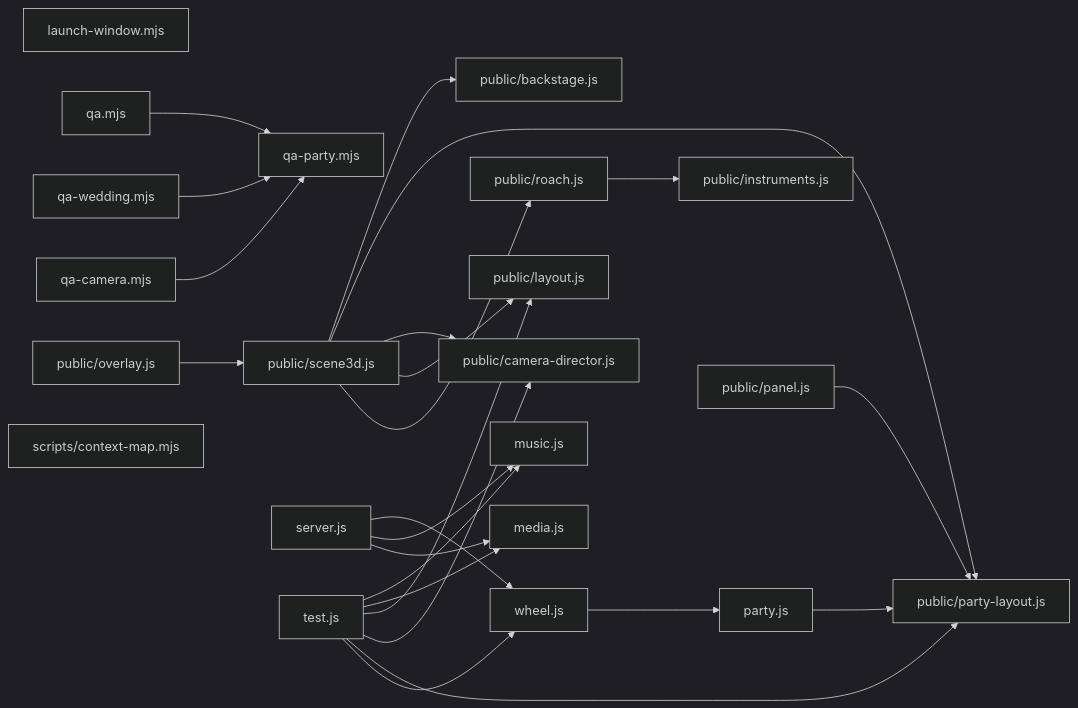
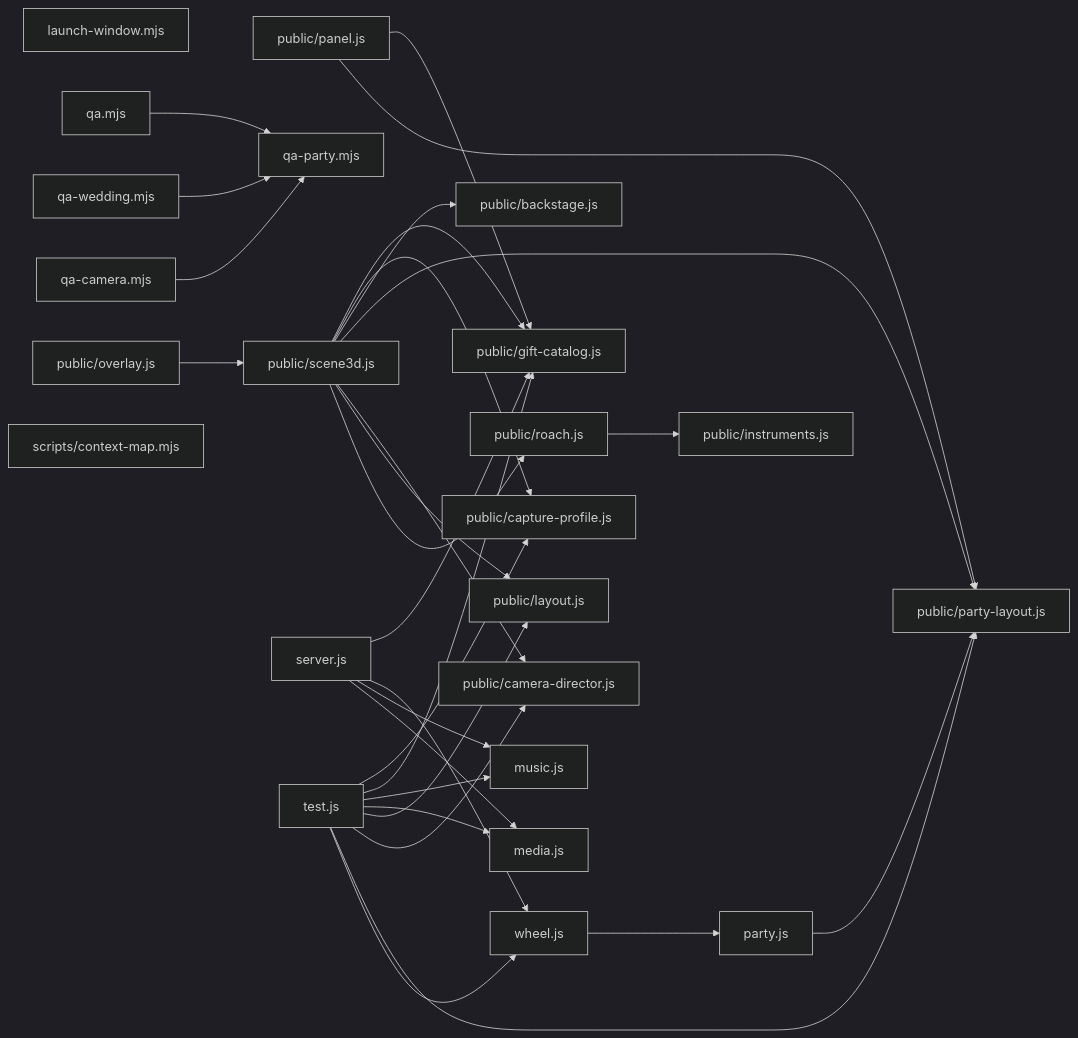
One commit to fthgshhsrth/roda-live changed the diagram in docs/context-map.md. Above: the diagram before and after it, drawn with Mermaid (dark theme). The commit also changed 17 other files, not shown here.

````diff
--- a/docs/context-map.md
+++ b/docs/context-map.md
@@ -5,46 +5,54 @@
 ```mermaid
 graph LR
   n0["launch-window.mjs"]
   n1["media.js"]
   n2["music.js"]
   n3["party.js"]
   n4["public/backstage.js"]
   n5["public/camera-director.js"]
-  n6["public/instruments.js"]
-  n7["public/layout.js"]
-  n8["public/overlay.js"]
-  n9["public/panel.js"]
-  n10["public/party-layout.js"]
-  n11["public/roach.js"]
-  n12["public/scene3d.js"]
-  n13["qa-camera.mjs"]
-  n14["qa-party.mjs"]
-  n15["qa-wedding.mjs"]
-  n16["qa.mjs"]
-  n17["scripts/context-map.mjs"]
-  n18["server.js"]
-  n19["test.js"]
-  n20["wheel.js"]
-  n3 --> n10
-  n8 --> n12
-  n9 --> n10
-  n11 --> n6
-  n12 --> n11
-  n12 --> n7
-  n12 --> n5
-  n12 --> n10
-  n12 --> n4
-  n13 --> n14
-  n15 --> n14
-  n16 --> n14
-  n18 --> n1
-  n18 --> n2
-  n18 --> n20
-  n19 --> n20
-  n19 --> n10
-  n19 --> n5
-  n19 --> n7
-  n19 --> n1
-  n19 --> n2
-  n20 --> n3
+  n6["public/capture-profile.js"]
+  n7["public/gift-catalog.js"]
+  n8["public/instruments.js"]
+  n9["public/layout.js"]
+  n10["public/overlay.js"]
+  n11["public/panel.js"]
+  n12["public/party-layout.js"]
+  n13["public/roach.js"]
+  n14["public/scene3d.js"]
+  n15["qa-camera.mjs"]
+  n16["qa-party.mjs"]
+  n17["qa-wedding.mjs"]
+  n18["qa.mjs"]
+  n19["scripts/context-map.mjs"]
+  n20["server.js"]
+  n21["test.js"]
+  n22["wheel.js"]
+  n3 --> n12
+  n10 --> n14
+  n11 --> n12
+  n11 --> n7
+  n13 --> n8
+  n14 --> n13
+  n14 --> n9
+  n14 --> n5
+  n14 --> n12
+  n14 --> n4
+  n14 --> n6
+  n14 --> n7
+  n15 --> n16
+  n17 --> n16
+  n18 --> n16
+  n20 --> n1
+  n20 --> n2
+  n20 --> n22
+  n20 --> n7
+  n21 --> n22
+  n21 --> n12
+  n21 --> n5
+  n21 --> n9
+  n21 --> n1
+  n21 --> n2
+  n21 --> n7
+  n21 --> n6
+  n22 --> n3
 ```
````
